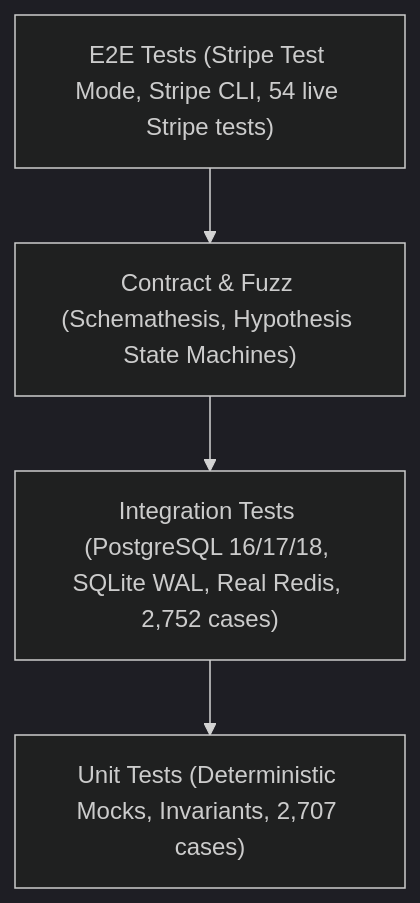
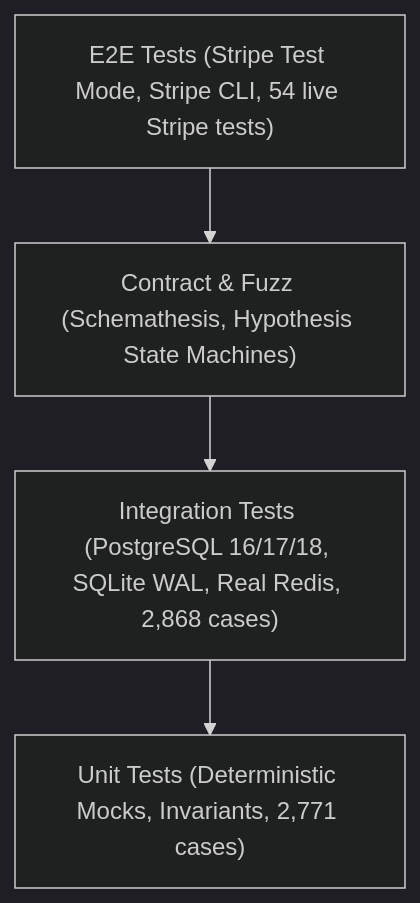
Before and after one commit to nadeko0/fastapi_e-commerce_backend: the first of 2 diagrams in docs/TESTING.md, drawn with Mermaid (dark theme). The commit also changed other lines of this file and 7 other files, not shown here.

````diff
--- a/docs/TESTING.md
+++ b/docs/TESTING.md
@@ -7,6 +7,6 @@
 ```mermaid
 flowchart TD
     E2E["E2E Tests (Stripe Test Mode, Stripe CLI, 54 live Stripe tests)"] --> Fuzz["Contract & Fuzz (Schemathesis, Hypothesis State Machines)"]
-    Fuzz --> Integration["Integration Tests (PostgreSQL 16/17/18, SQLite WAL, Real Redis, 2,752 cases)"]
-    Integration --> Unit["Unit Tests (Deterministic Mocks, Invariants, 2,707 cases)"]
+    Fuzz --> Integration["Integration Tests (PostgreSQL 16/17/18, SQLite WAL, Real Redis, 2,868 cases)"]
+    Integration --> Unit["Unit Tests (Deterministic Mocks, Invariants, 2,771 cases)"]
 ```
````
